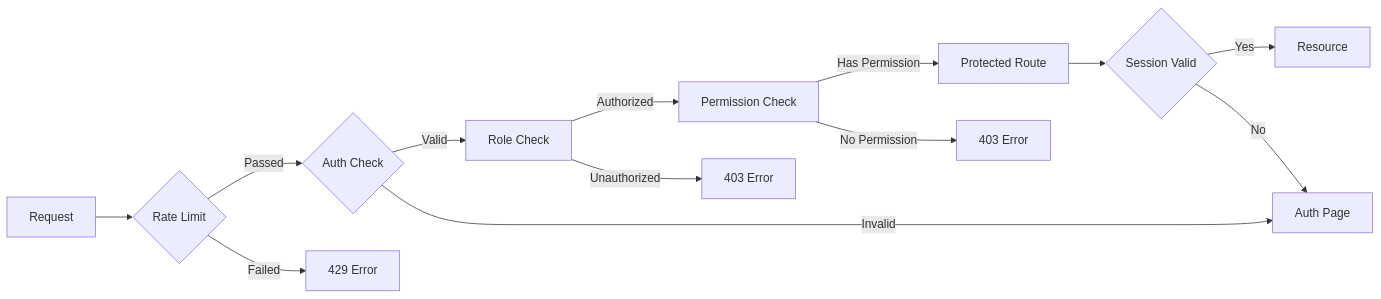
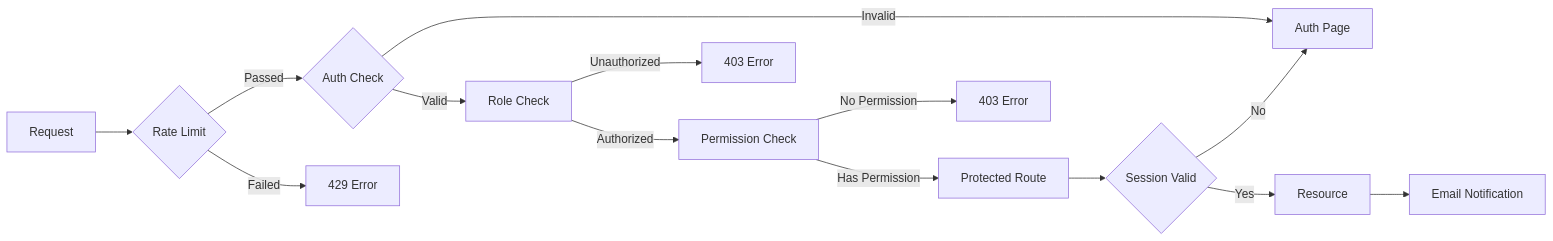
One commit to mrj0nesmtl/cloud-burst changed the third of 5 diagrams in docs/user-flows/user_flow_overview.md. Above: the diagram before and after it, drawn with Mermaid. The commit also changed other lines of this file and 85 other files, not shown here.

````diff
--- a/docs/user-flows/user_flow_overview.md
+++ b/docs/user-flows/user_flow_overview.md
@@ -108,15 +119,16 @@
 ```mermaid
 flowchart LR
     A[Request] --> B{Rate Limit}
     B -->|Passed| C{Auth Check}
     B -->|Failed| D[429 Error]
     C -->|Valid| E[Role Check]
     C -->|Invalid| F[Auth Page]
     E -->|Authorized| G[Permission Check]
     E -->|Unauthorized| H[403 Error]
     G -->|Has Permission| I[Protected Route]
     G -->|No Permission| J[403 Error]
     I --> K{Session Valid}
     K -->|Yes| L[Resource]
     K -->|No| F
+    L --> M[Email Notification]
 ```
````
